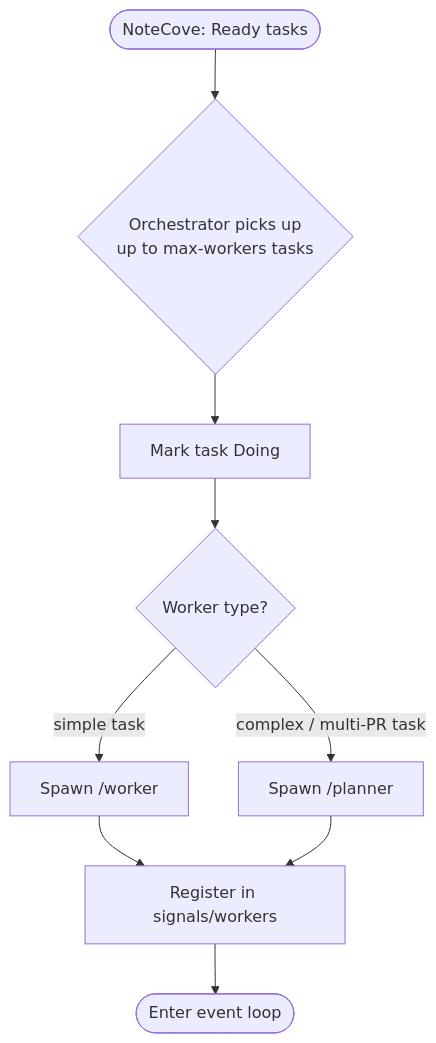
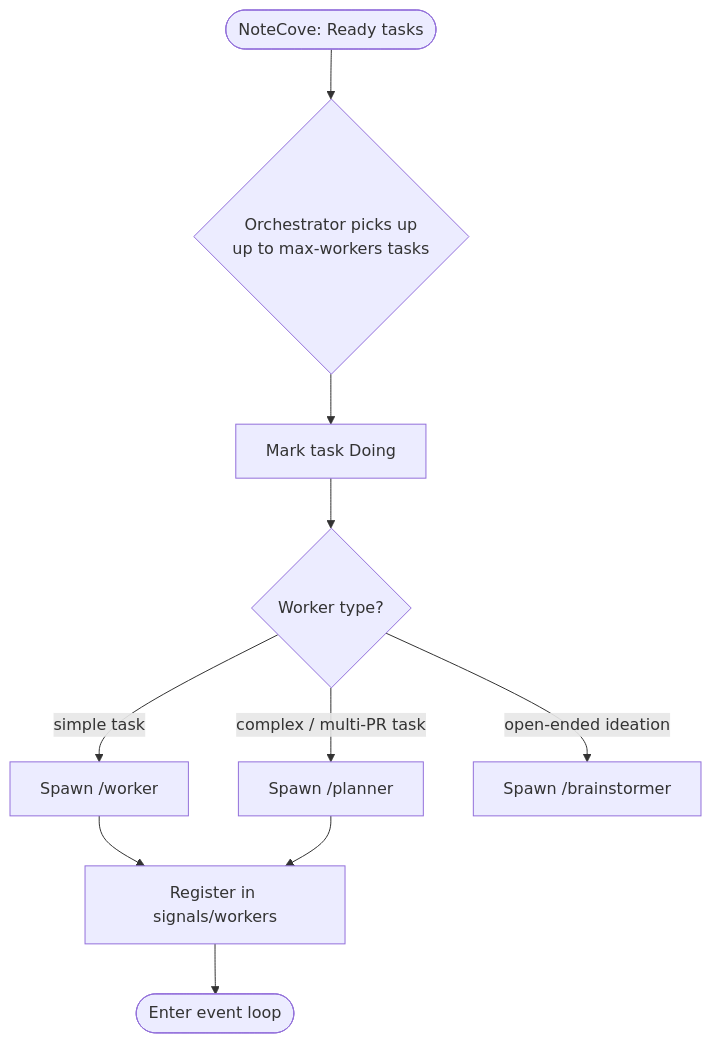
One commit to gara2000/agentmesh changed the second of 12 diagrams in docs/agentic-workflow.md. Above: the diagram before and after it, drawn with Mermaid. The commit also changed other lines of this file and 1 other file, not shown here.

First line of the commit message:
feat(docs): document brainstormer role and workflow [WORK-jqt]

````diff
--- a/docs/agentic-workflow.md
+++ b/docs/agentic-workflow.md
@@ -51,10 +51,11 @@
 ```mermaid
 flowchart TD
     A([NoteCove: Ready tasks]) --> B{Orchestrator picks up\nup to max-workers tasks}
     B --> C[Mark task Doing]
     C --> D{Worker type?}
     D -->|simple task| E[Spawn /worker]
     D -->|complex / multi-PR task| F[Spawn /planner]
+    D -->|open-ended ideation| FB[Spawn /brainstormer]
     E & F --> G[Register in signals/workers]
     G --> H([Enter event loop])
 ```
````
